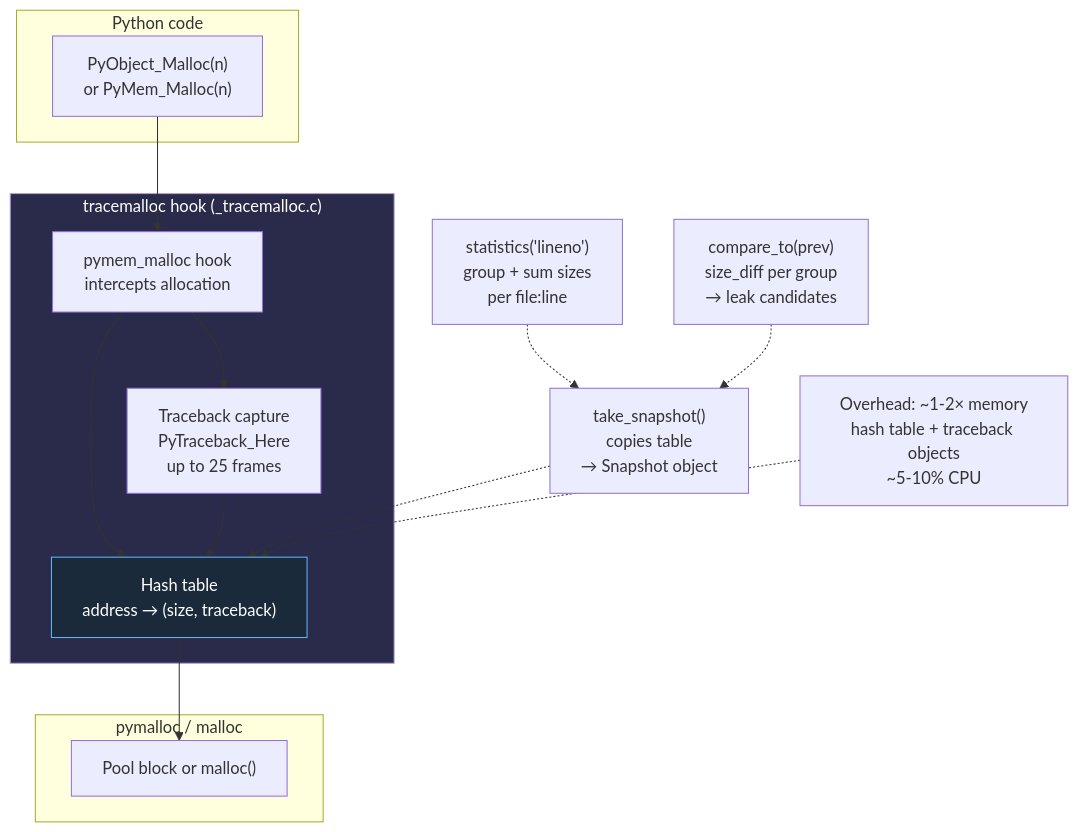
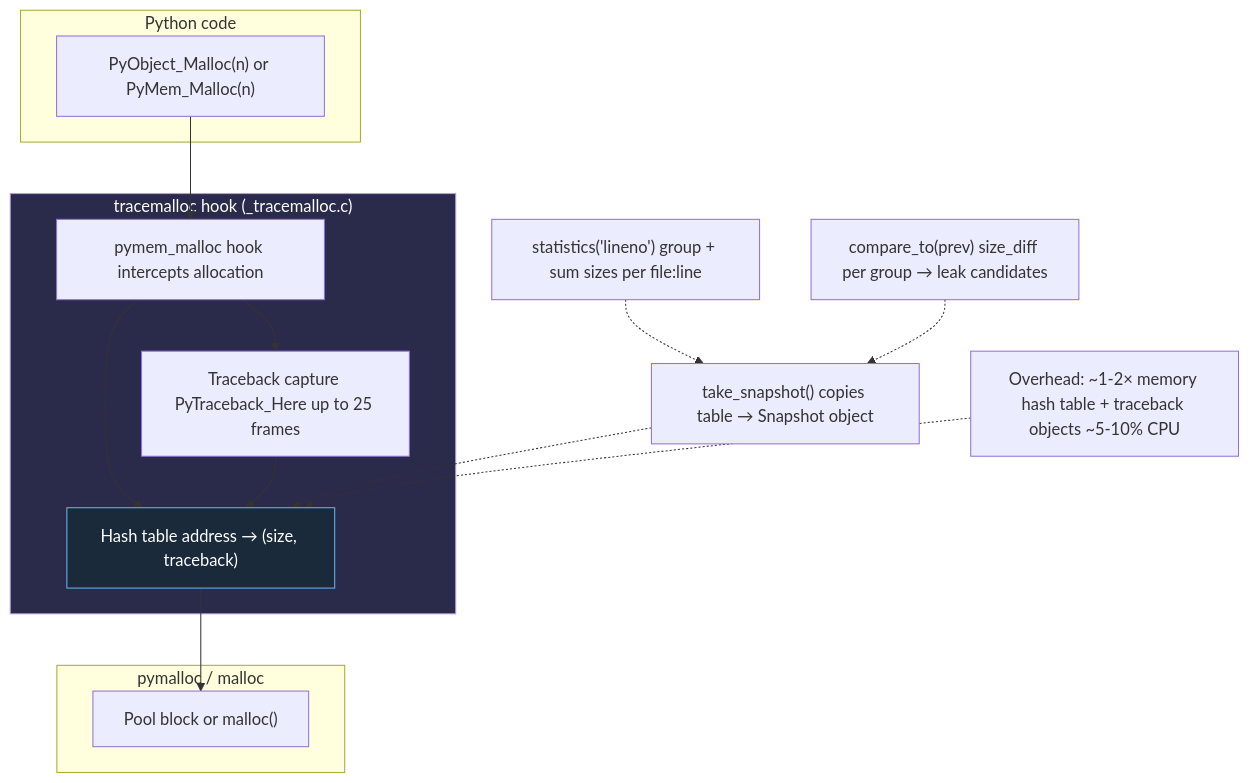
One commit to bumbsclaw/textbooks changed the eighth of 8 diagrams in vol-16-python-cpython-internals/ch04-memory-management.md. Above: the diagram before and after it, drawn with Mermaid. The commit also changed other lines of this file and 9 other files, not shown here.

First line of the commit message:
fix(pdf, mermaid): syntax-highlighted code blocks + diagram label fixes

````diff
--- a/vol-16-python-cpython-internals/ch04-memory-management.md
+++ b/vol-16-python-cpython-internals/ch04-memory-management.md
@@ -1241,27 +1241,27 @@
 ```mermaid
 flowchart TB
     subgraph APP["Python code"]
-        MALLOC["PyObject_Malloc(n)<br/>or PyMem_Malloc(n)"]
+        MALLOC["PyObject_Malloc(n) or PyMem_Malloc(n)"]
     end
     subgraph TRACEMALLOC["tracemalloc hook (_tracemalloc.c)"]
-        HOOK["pymem_malloc hook<br/>intercepts allocation"]
-        TABLE["Hash table<br/>address → (size, traceback)"]
-        TRACE["Traceback capture<br/>PyTraceback_Here<br/>up to 25 frames"]
+        HOOK["pymem_malloc hook intercepts allocation"]
+        TABLE["Hash table address → (size, traceback)"]
+        TRACE["Traceback capture PyTraceback_Here up to 25 frames"]
     end
     subgraph PYMALLOC["pymalloc / malloc"]
         POOL["Pool block or malloc()"]
     end
 
     MALLOC --> HOOK --> TABLE
     HOOK --> TRACE --> TABLE
     TABLE --> POOL
 
-    SNAP["take_snapshot()<br/>copies table<br/>→ Snapshot object"] -.-> TABLE
-    STATS["statistics('lineno')<br/>group + sum sizes<br/>per file:line"] -.-> SNAP
-    DIFF["compare_to(prev)<br/>size_diff per group<br/>→ leak candidates"] -.-> SNAP
+    SNAP["take_snapshot() copies table → Snapshot object"] -.-> TABLE
+    STATS["statistics('lineno') group + sum sizes per file:line"] -.-> SNAP
+    DIFF["compare_to(prev) size_diff per group → leak candidates"] -.-> SNAP
 
-    OVERHEAD["Overhead: ~1-2× memory<br/>hash table + traceback objects<br/>~5-10% CPU"] -.-> TABLE
+    OVERHEAD["Overhead: ~1-2× memory hash table + traceback objects ~5-10% CPU"] -.-> TABLE
 
     style TRACEMALLOC fill:#2a2a4a,stroke:#b39ddb,color:#fff
     style TABLE fill:#1a2a3a,stroke:#64b5f6,color:#fff
 ```
````
